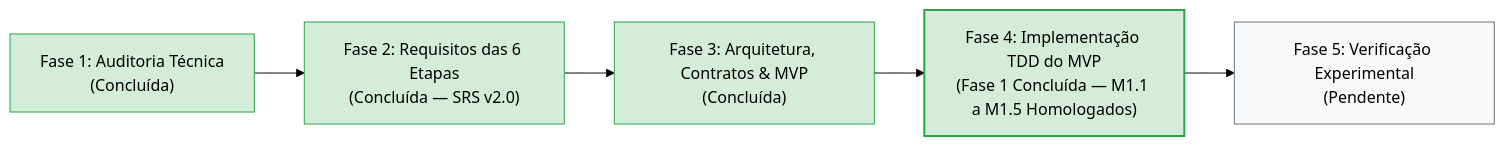
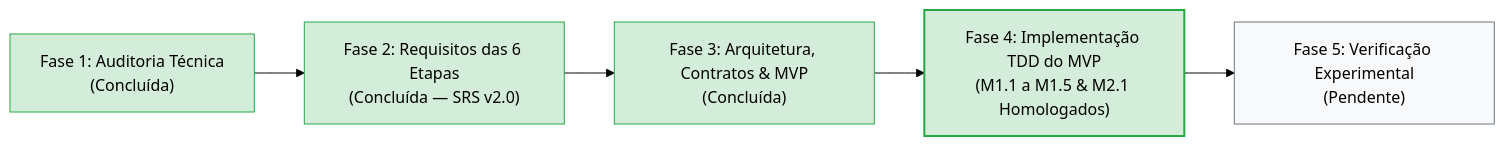
The diagram in engenharia_software/ETAPA_ATUAL_ENGENHARIA.md (aleerangel/experimental-ml-framework), drawn with Mermaid (forest theme) before and after one commit. The commit also changed other lines of this file and 4 other files, not shown here.

````diff
--- a/engenharia_software/ETAPA_ATUAL_ENGENHARIA.md
+++ b/engenharia_software/ETAPA_ATUAL_ENGENHARIA.md
@@ -19,13 +19,13 @@
 ```mermaid
 flowchart LR
     Fase1["Fase 1: Auditoria Técnica<br/>(Concluída)"] --> Fase2["Fase 2: Requisitos das 6 Etapas<br/>(Concluída — SRS v2.0)"]
     Fase2 --> Fase3["Fase 3: Arquitetura, Contratos & MVP<br/>(Concluída)"]
-    Fase3 --> Fase4["Fase 4: Implementação TDD do MVP<br/>(Fase 1 Concluída — M1.1 a M1.5 Homologados)"]
+    Fase3 --> Fase4["Fase 4: Implementação TDD do MVP<br/>(M1.1 a M1.5 & M2.1 Homologados)"]
     Fase4 --> Fase5["Fase 5: Verificação Experimental<br/>(Pendente)"]
     
     style Fase1 fill:#d4edda,stroke:#28a745
     style Fase2 fill:#d4edda,stroke:#28a745
     style Fase3 fill:#d4edda,stroke:#28a745
     style Fase4 fill:#d4edda,stroke:#28a745,stroke-width:2px
     style Fase5 fill:#f8f9fa,stroke:#6c757d
 ```
````
